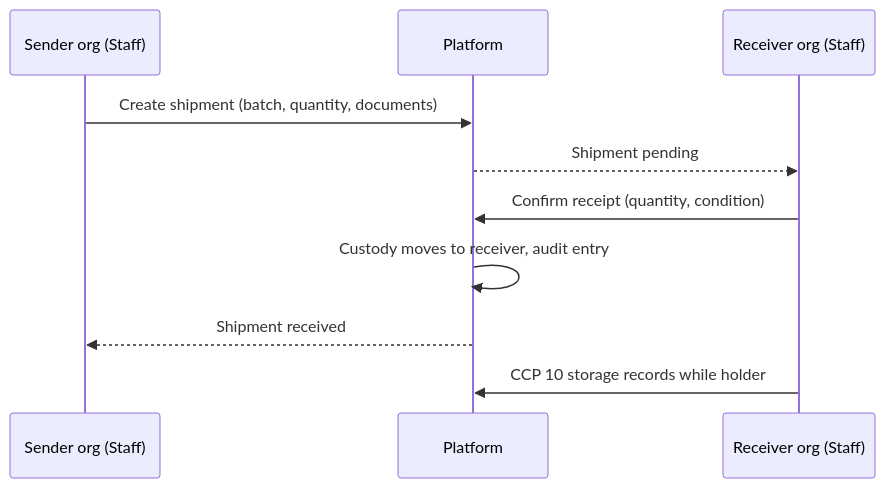
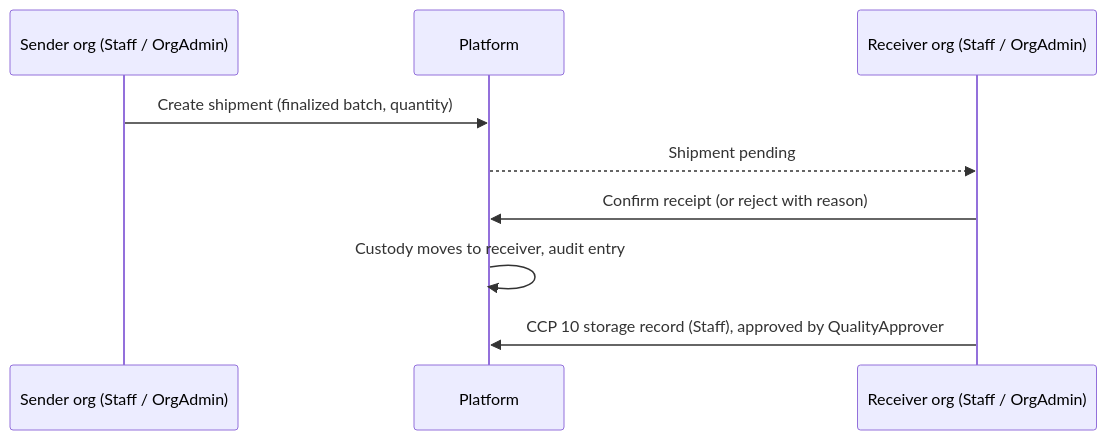
Before and after one commit to ben-emre-ozkan/top4honeychains-web: the second of 5 diagrams in docs/ROLE-MODEL.md, drawn with Mermaid. The commit also changed other lines of this file and 92 other files, not shown here.

````diff
--- a/docs/ROLE-MODEL.md
+++ b/docs/ROLE-MODEL.md
@@ -165,12 +191,11 @@
 ```mermaid
 sequenceDiagram
-    participant S as Sender org (Staff)
+    participant S as Sender org (Staff / OrgAdmin)
     participant P as Platform
-    participant R as Receiver org (Staff)
-    S->>P: Create shipment (batch, quantity, documents)
+    participant R as Receiver org (Staff / OrgAdmin)
+    S->>P: Create shipment (finalized batch, quantity)
     P-->>R: Shipment pending
-    R->>P: Confirm receipt (quantity, condition)
+    R->>P: Confirm receipt (or reject with reason)
     P->>P: Custody moves to receiver, audit entry
-    P-->>S: Shipment received
-    R->>P: CCP 10 storage records while holder
+    R->>P: CCP 10 storage record (Staff), approved by QualityApprover
 ```
````
